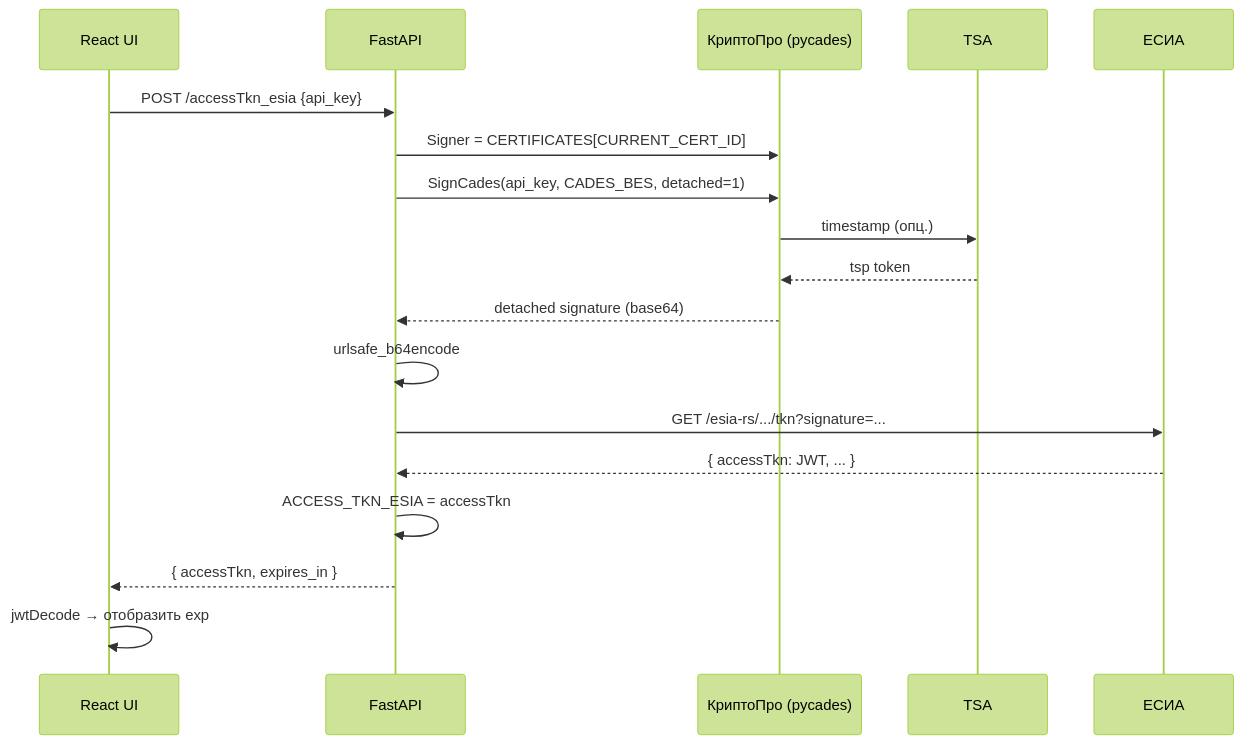
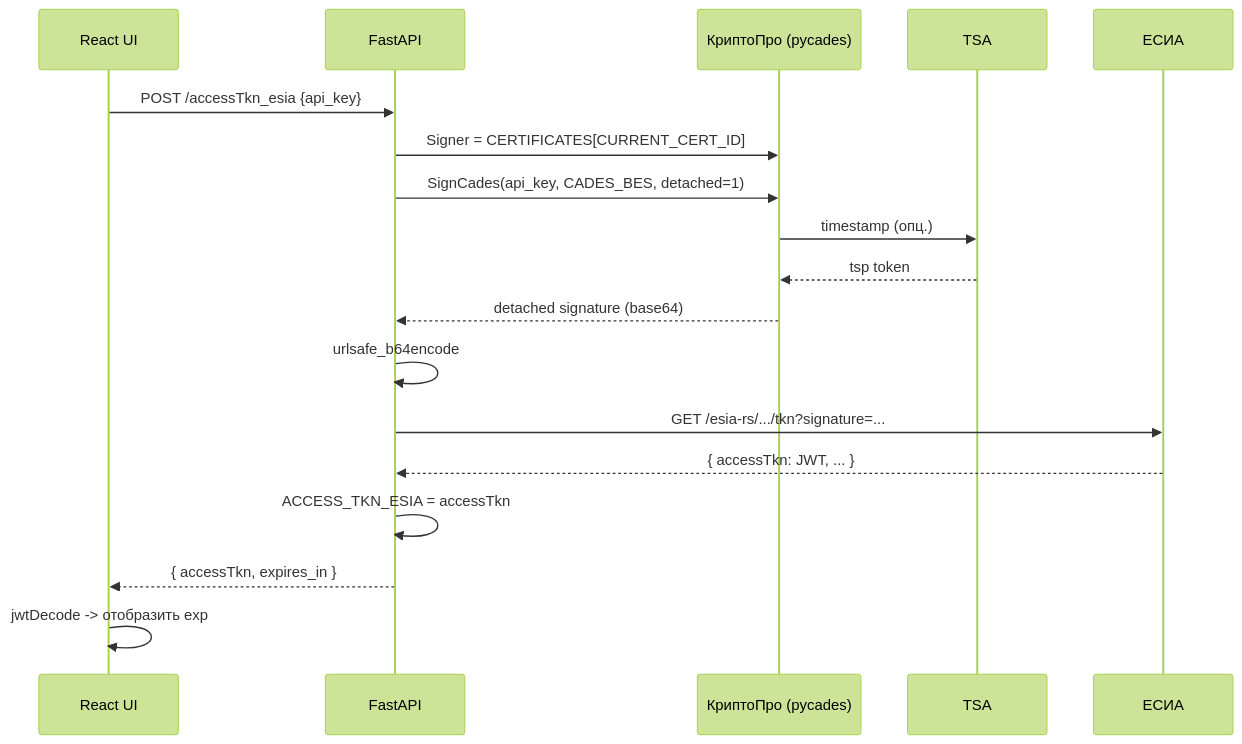
One commit to yellow444/epgu changed the first of 5 diagrams in docs/sequence-diagrams.md. Above: the diagram before and after it, drawn with Mermaid (forest theme). The commit also changed other lines of this file and 28 other files, not shown here.

````diff
--- a/docs/sequence-diagrams.md
+++ b/docs/sequence-diagrams.md
@@ -7,21 +7,21 @@
 ```mermaid
 sequenceDiagram
     participant UI as React UI
     participant API as FastAPI
     participant CSP as КриптоПро (pycades)
     participant TSA as TSA
     participant ESIA as ЕСИА
 
     UI->>API: POST /accessTkn_esia {api_key}
     API->>CSP: Signer = CERTIFICATES[CURRENT_CERT_ID]
     API->>CSP: SignCades(api_key, CADES_BES, detached=1)
     CSP->>TSA: timestamp (опц.)
     TSA-->>CSP: tsp token
     CSP-->>API: detached signature (base64)
     API->>API: urlsafe_b64encode
     API->>ESIA: GET /esia-rs/.../tkn?signature=...
     ESIA-->>API: { accessTkn: JWT, ... }
     API->>API: ACCESS_TKN_ESIA = accessTkn
     API-->>UI: { accessTkn, expires_in }
-    UI->>UI: jwtDecode → отобразить exp
+    UI->>UI: jwtDecode -> отобразить exp
 ```
````
